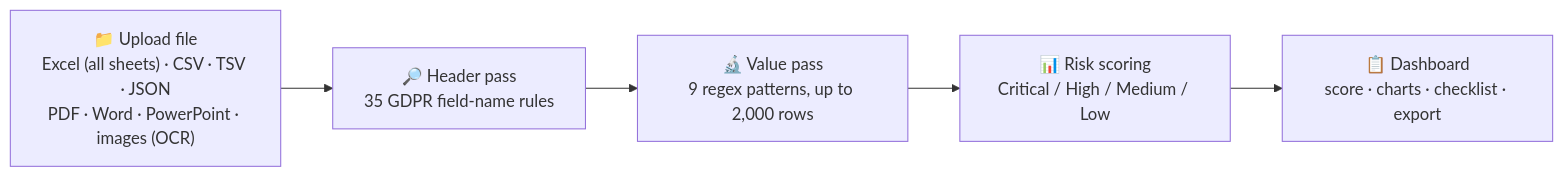
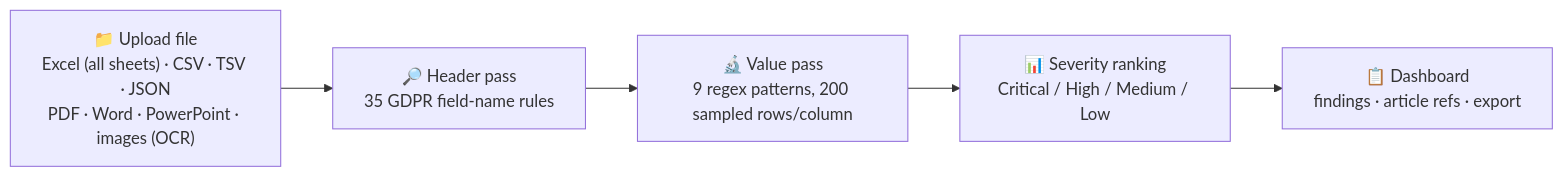
One commit to Jeevan-0508/gdpr-compliance-scanner changed the diagram in README.md. Above: the diagram before and after it, drawn with Mermaid. The commit also changed other lines of this file and 4 other files, not shown here.

````diff
--- a/README.md
+++ b/README.md
@@ -37,13 +41,13 @@
 ```mermaid
 flowchart LR
     A["📁 Upload file
 Excel (all sheets) · CSV · TSV · JSON
 PDF · Word · PowerPoint · images (OCR)"] --> B["🔎 Header pass
 35 GDPR field-name rules"]
     B --> C["🔬 Value pass
-9 regex patterns, up to 2,000 rows"]
-    C --> D["📊 Risk scoring
+9 regex patterns, 200 sampled rows/column"]
+    C --> D["📊 Severity ranking
 Critical / High / Medium / Low"]
     D --> E["📋 Dashboard
-score · charts · checklist · export"]
+findings · article refs · export"]
 ```
````
